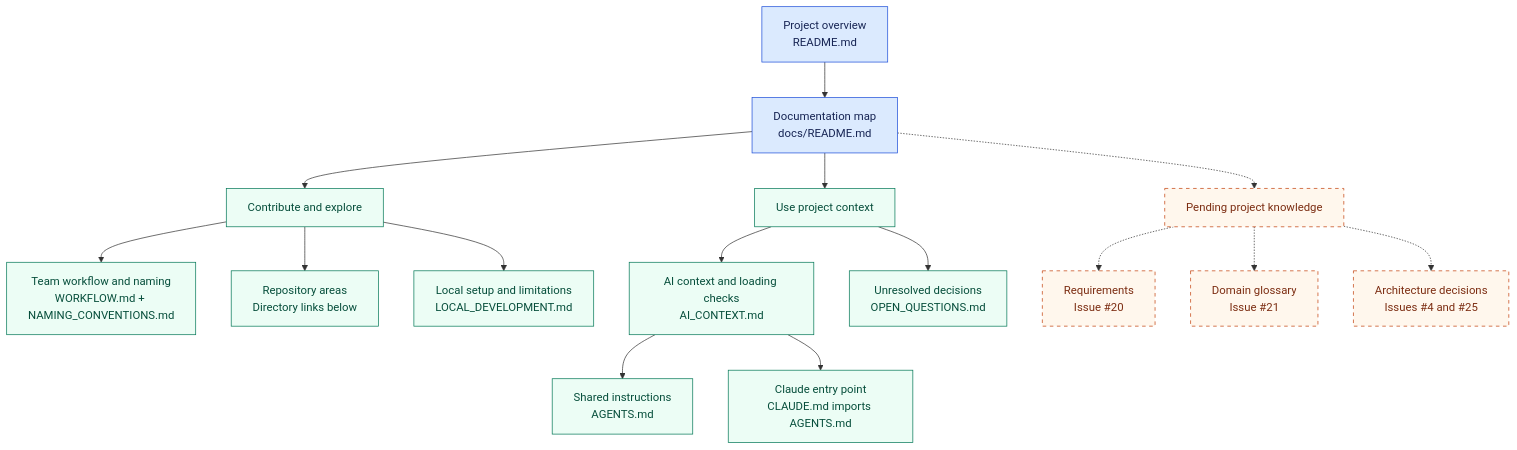
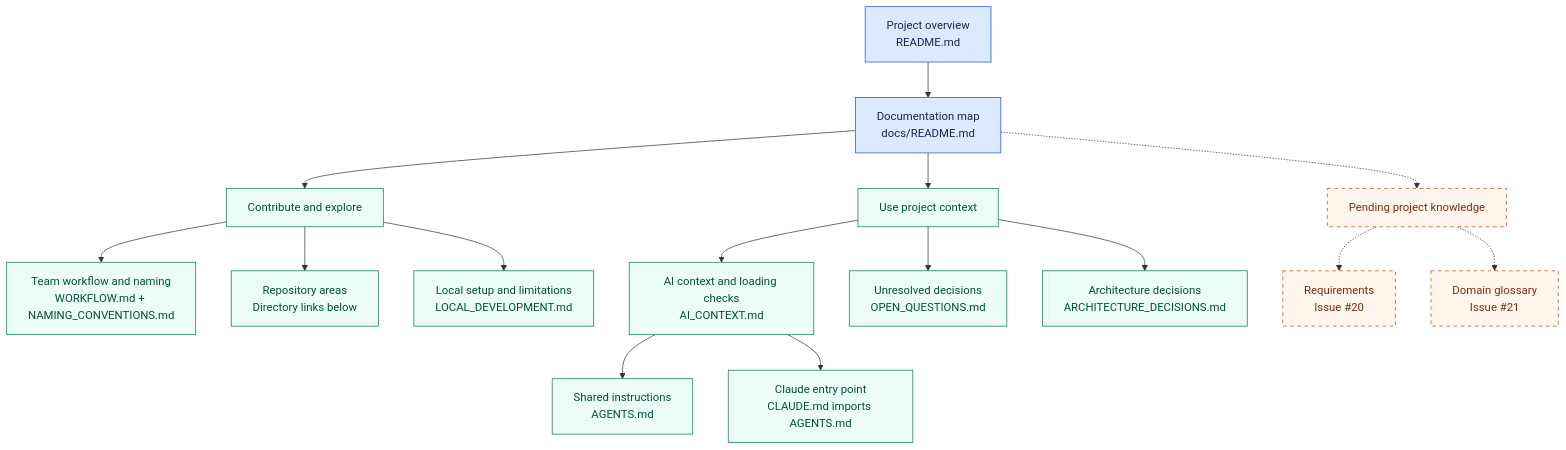
One commit to studioforyou/zpi-studio changed the diagram in docs/README.md. Above: the diagram before and after it, drawn with Mermaid. The commit also changed other lines of this file and 8 other files, not shown here.

First line of the commit message:
docs(docs): record architecture decisions (#4)

````diff
--- a/docs/README.md
+++ b/docs/README.md
@@ -9,23 +9,23 @@
 ```mermaid
 flowchart TB
     root["Project overview<br/>README.md"] --> map["Documentation map<br/>docs/README.md"]
     map --> work["Contribute and explore"]
     map --> context["Use project context"]
     map -.-> knowledge["Pending project knowledge"]
     work --> workflow["Team workflow and naming<br/>WORKFLOW.md + NAMING_CONVENTIONS.md"]
     work --> areas["Repository areas<br/>Directory links below"]
     work --> local["Local setup and limitations<br/>LOCAL_DEVELOPMENT.md"]
     context --> ai["AI context and loading checks<br/>AI_CONTEXT.md"]
     ai --> agents["Shared instructions<br/>AGENTS.md"]
     ai --> claude["Claude entry point<br/>CLAUDE.md imports AGENTS.md"]
     context --> questions["Unresolved decisions<br/>OPEN_QUESTIONS.md"]
+    context --> architecture["Architecture decisions<br/>ARCHITECTURE_DECISIONS.md"]
     knowledge -.-> requirements["Requirements<br/>Issue #20"]
     knowledge -.-> glossary["Domain glossary<br/>Issue #21"]
-    knowledge -.-> architecture["Architecture decisions<br/>Issues #4 and #25"]
     classDef entry fill:#dbeafe,stroke:#1d4ed8,color:#172554;
     classDef guide fill:#ecfdf5,stroke:#047857,color:#064e3b;
     classDef pending fill:#fff7ed,stroke:#c2410c,color:#7c2d12,stroke-dasharray:5 5;
     class root,map entry;
-    class work,context,workflow,areas,local,ai,agents,claude,questions guide;
-    class knowledge,requirements,glossary,architecture pending;
+    class work,context,workflow,areas,local,ai,agents,claude,questions,architecture guide;
+    class knowledge,requirements,glossary pending;
 ```
````
